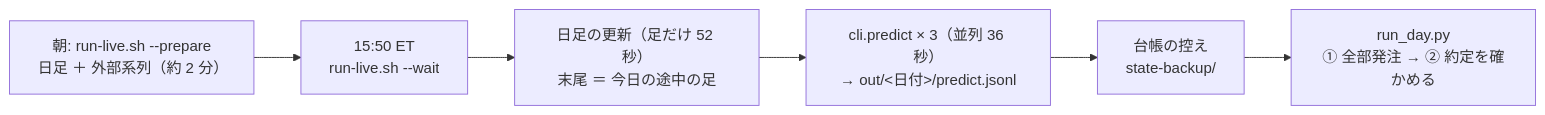
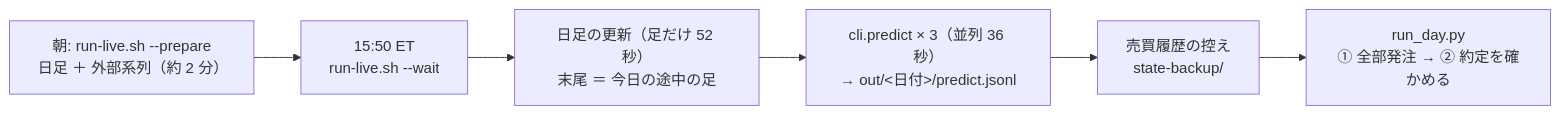
One commit to akiraak/ai-income-lab changed the seventh of 8 diagrams in docs/specs/experiments/live-trading.md. Above: the diagram before and after it, drawn with Mermaid. The commit also changed other lines of this file and 52 other files, not shown here.

````diff
--- a/docs/specs/experiments/live-trading.md
+++ b/docs/specs/experiments/live-trading.md
@@ -527,8 +527,8 @@
 ```mermaid
 flowchart LR
   P["朝: run-live.sh --prepare<br/>日足 ＋ 外部系列（約 2 分）"] --> W["15:50 ET<br/>run-live.sh --wait"]
   W --> U["日足の更新（足だけ 52 秒）<br/>末尾 ＝ 今日の途中の足"]
   U --> Q["cli.predict × 3（並列 36 秒）<br/>→ out/<日付>/predict.jsonl"]
-  Q --> K["台帳の控え<br/>state-backup/"]
+  Q --> K["売買履歴の控え<br/>state-backup/"]
   K --> X["run_day.py<br/>① 全部発注 → ② 約定を確かめる"]
 ```
````
